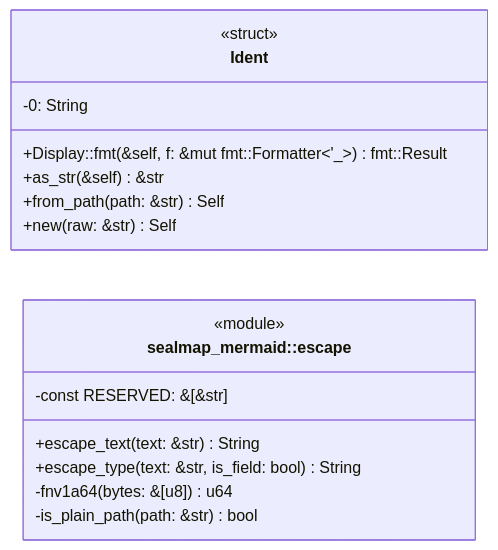
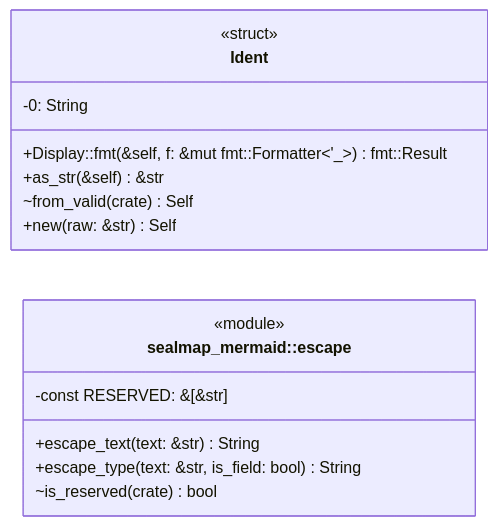
The first of 2 diagrams in docs/sealmap/crates/sealmap-mermaid/src/escape.rs.md (DreamLab-AI/codemaid), drawn with Mermaid before and after one commit. The commit also changed other lines of this file and 45 other files, not shown here.

First line of the commit message:
docs: regenerate the self-corpus for sym: ids and schema v2

````diff
--- a/docs/sealmap/crates/sealmap-mermaid/src/escape.rs.md
+++ b/docs/sealmap/crates/sealmap-mermaid/src/escape.rs.md
@@ -13,20 +13,19 @@
 ```mermaid
 classDiagram
   direction LR
-  class sealmap_mermaid__escape__Ident["Ident"] {
+  class sealmap_mermaid__escape___tIdent["Ident"] {
     <<struct>>
     -0: String
     +Display::fmt(&self, f: &mut fmt::Formatter#lt;'_#gt;) fmt::Result
     +as_str(&self) &str
-    +from_path(path: &str) Self
+    ~from_valid(crate) Self
     +new(raw: &str) Self
   }
   class sealmap_mermaid__escape["sealmap_mermaid::escape"] {
     <<module>>
     -const RESERVED: &[&str]
     +escape_text(text: &str) String
     +escape_type(text: &str, is_field: bool) String
-    -fnv1a64(bytes: &[u8]) u64
-    -is_plain_path(path: &str) bool
+    ~is_reserved(crate) bool
   }
 ```
````
